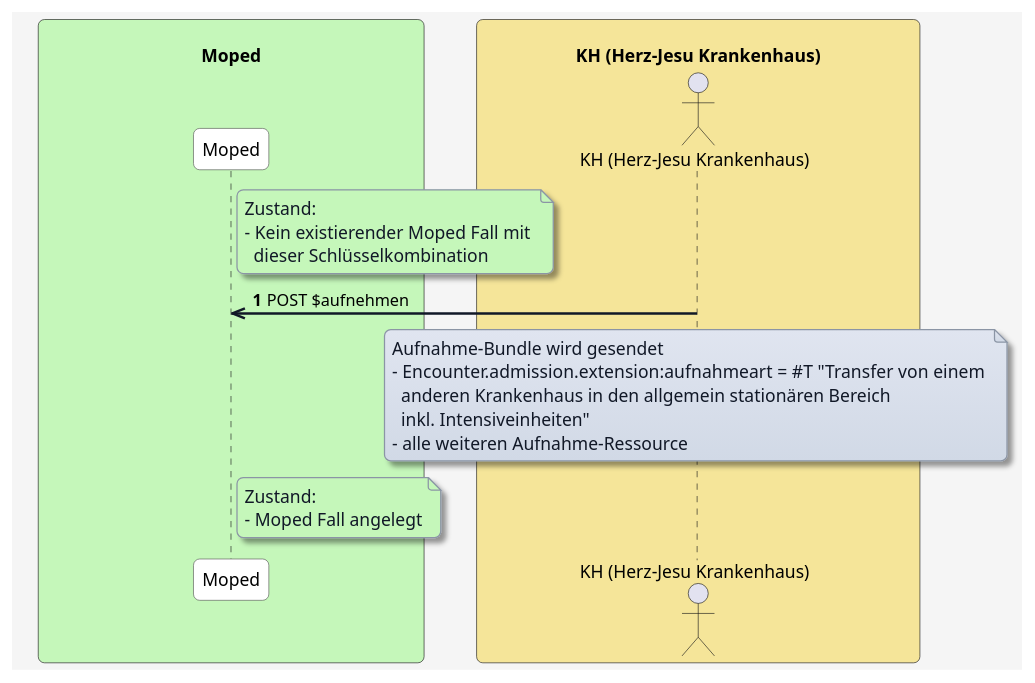
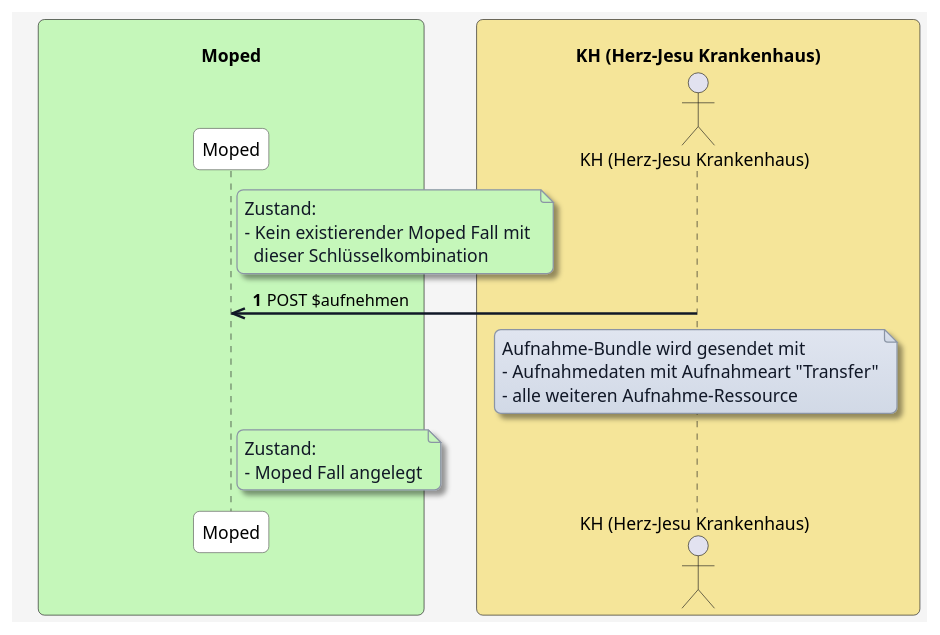
The diagram in input/images-source/Aufnahme/aufnehmen-transfer.plantuml (HL7Austria/ELGA-MOPED-R5), drawn with PlantUML before and after one commit. The commit also changed 1 other file, not shown here.

```diff
--- a/input/images-source/Aufnahme/aufnehmen-transfer.plantuml
+++ b/input/images-source/Aufnahme/aufnehmen-transfer.plantuml
@@ -1,73 +1,71 @@
 @startuml
 skinparam borderColor #000000
 skinparam backgroundColor #f5f5f5
 skinparam shadowing false
 skinparam roundCorner 10
 skinparam defaultFontName "Arial"
 skinparam defaultFontSize 14
 skinparam defaultFontColor #000000
 
 skinparam note {
   BackgroundColor #e0e5f0-#d1d9e6
   BorderColor #8b95a5
   BorderThickness 1
   RoundCorner 8
   Padding 6
   FontColor #111827
   Shadowing true
 }
 
 skinparam HyperlinkColor #0000EE
 skinparam HyperlinkUnderline false
 
 skinparam sequence {
   ParticipantBorderColor #555555
   ParticipantBackgroundColor #ffffff
   ParticipantFontColor #000000
   ParticipantFontSize 14
   ParticipantPadding 20
   ArrowColor #111827
   ArrowThickness 2
   ArrowFontColor #000000
   ArrowFontSize 13
   GroupBorderColor #111827
   GroupBackgroundColor #f3f4f6
   GroupBorderThickness 1
 }
 
 skinparam BoxPadding 20
 skinparam BoxBorderColor #555555
 
 box "\n                                   Moped                                   " #c5f7ba
   participant MP as "Moped"
 end box
 
 box "\n                     KH (Herz-Jesu Krankenhaus)                     " #f5e599
   actor KH as "KH (Herz-Jesu Krankenhaus)"
 end box
 
 
 autonumber
 
 note right of MP #c5f7ba
 Zustand:
 - Kein existierender Moped Fall mit 
   dieser Schlüsselkombination
 end note
 
 KH ->> MP: POST $aufnehmen
 
 note over KH
-Aufnahme-Bundle wird gesendet
-- Encounter.admission.extension:aufnahmeart = #T "Transfer von einem 
-  anderen Krankenhaus in den allgemein stationären Bereich 
-  inkl. Intensiveinheiten"
+Aufnahme-Bundle wird gesendet mit
+- Aufnahmedaten mit Aufnahmeart "Transfer"
 - alle weiteren Aufnahme-Ressource
 end note
 
 note right of MP #c5f7ba
 Zustand:
 - Moped Fall angelegt
 end note
 
 @enduml
```
